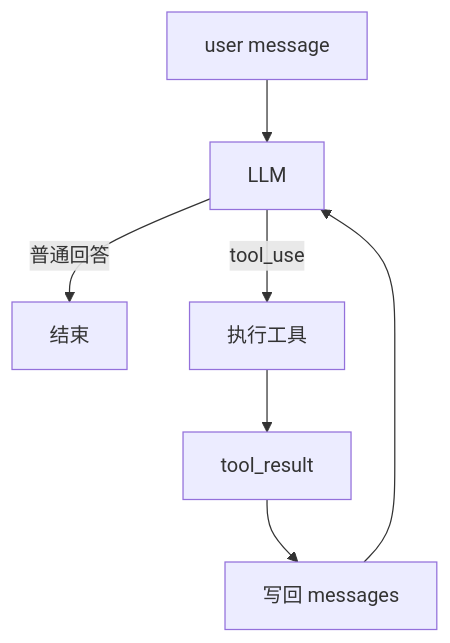
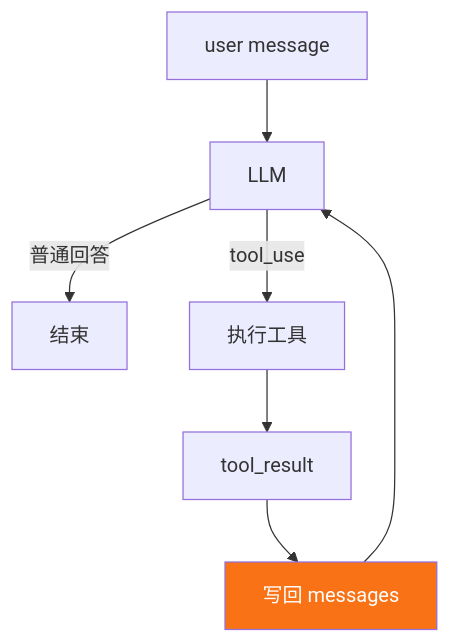
Before and after one commit to open-fox/learn-claude-code: the second of 16 diagrams in slidev-presentation/slides.md, drawn with Mermaid. The commit also changed other lines of this file, not shown here.

````diff
--- a/slidev-presentation/slides.md
+++ b/slidev-presentation/slides.md
@@ -599,9 +599,10 @@
 ```mermaid {scale: 0.6}
 graph TD
   A["user message"] --> B["LLM"]
   B -->|"普通回答"| C["结束"]
   B -->|"tool_use"| D["执行工具"]
   D --> E["tool_result"]
   E --> F["写回 messages"]
   F --> B
+  style F fill:#f97316,color:#fff
 ```
````
